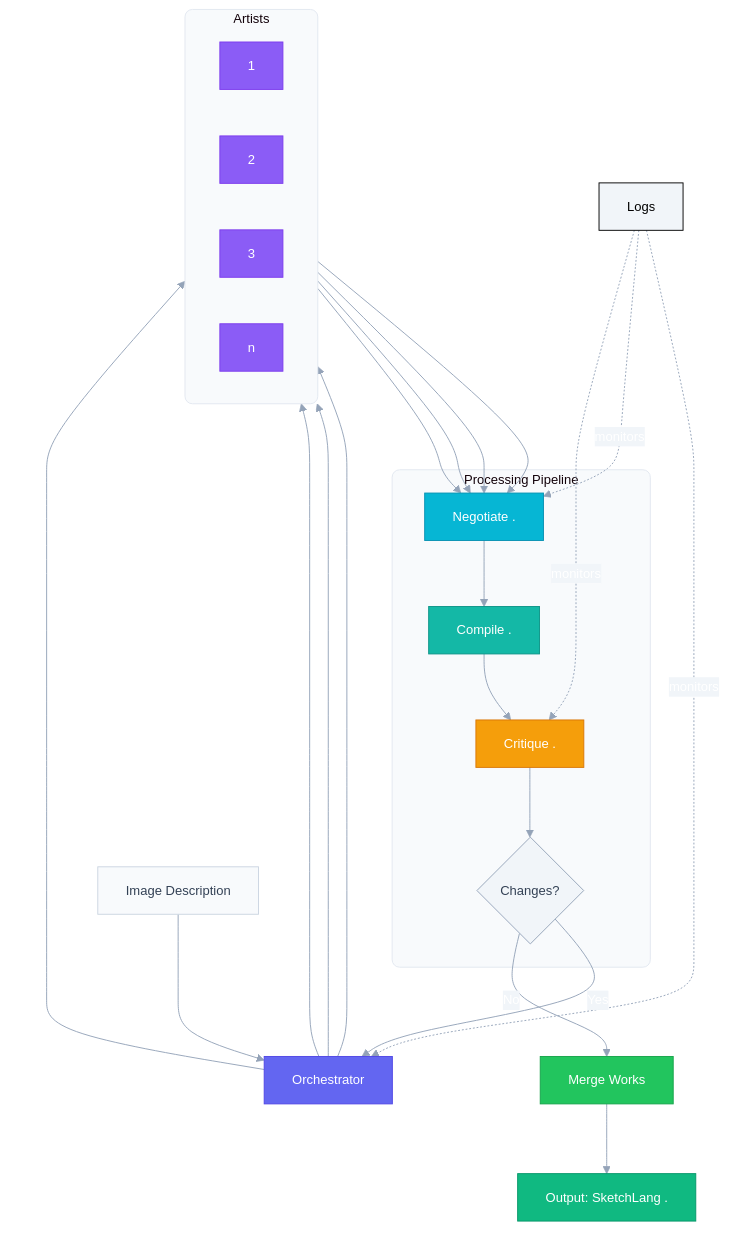
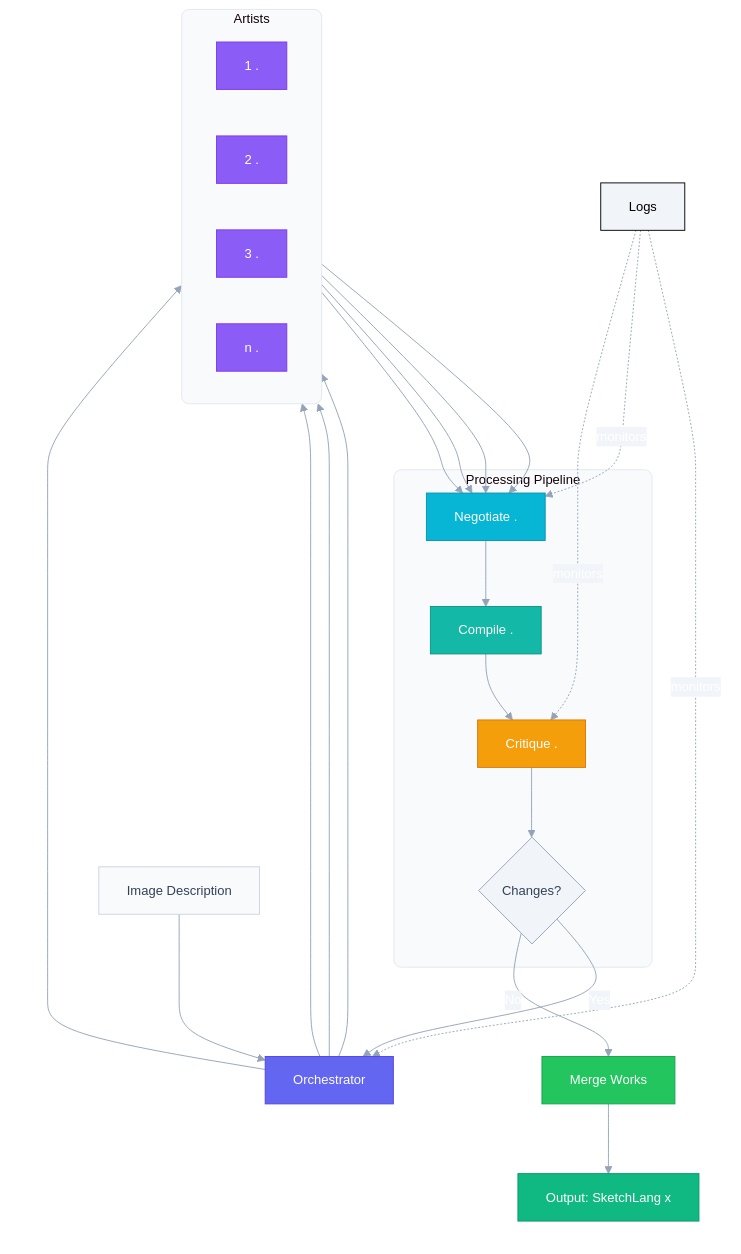
One commit to TheMaslowsDilemma/sketchthis-studio changed the diagram in README.md. Above: the diagram before and after it, drawn with Mermaid.

Commit message:
fix font color

````diff
--- a/README.md
+++ b/README.md
@@ -20,82 +20,82 @@
 ```mermaid
 %%{init: {
   'theme': 'base',
   'themeVariables': {
     'fontSize': '14px',
     'fontFamily': 'Inter, sans-serif',
     'primaryColor': '#6366f1',
     'primaryTextColor': '#ffffff',
     'primaryBorderColor': '#4f46e5',
     'secondaryColor': '#f1f5f9',
     'secondaryTextColor': '#334155',
     'tertiaryColor': '#ecfdf5',
     'lineColor': '#94a3b8',
     'textColor': '#334155'
   }
 }}%%
 
 flowchart TB
     subgraph input [" "]
         A[Image Description]
     end
 
     subgraph orchestration [" "]
         B[Orchestrator]
     end
 
     subgraph artists ["Artists"]
         direction LR
-        C1[1]
-        C2[2]
-        C3[3]
-        Cn[n]
+        C1["1  ."]
+        C2["2  ."]
+        C3["3  ."]
+        Cn["n  ."]
     end
 
     subgraph processing [Processing Pipeline]
         D[Negotiate   .]
         E[Compile     .]
         F[Critique    .]
         G{Changes?}
     end
 
     subgraph output [" "]
         H["Merge Works      "]
-        I["Output: SketchLang          ."]
+        I["Output: SketchLang          x"]
     end
 
     J["Logs    "]
 
     A --> B
     B --> C1 & C2 & C3 & Cn
     C1 & C2 & C3 & Cn --> D
     D --> E
     E --> F
     F --> G
     G -->|Yes| B
     G -->|No| H
     H --> I
 
     J -.->|monitors| B
     J -.->|monitors| D
     J -.->|monitors| F
 
     style A fill:#f8fafc,stroke:#cbd5e1,color:#334155
     style B fill:#6366f1,stroke:#4f46e5,color:#ffffff
     style C1 fill:#8b5cf6,stroke:#7c3aed,color:#ffffff
     style C2 fill:#8b5cf6,stroke:#7c3aed,color:#ffffff
     style C3 fill:#8b5cf6,stroke:#7c3aed,color:#ffffff
     style Cn fill:#8b5cf6,stroke:#7c3aed,color:#ffffff
     style D fill:#06b6d4,stroke:#0891b2,color:#ffffff
     style E fill:#14b8a6,stroke:#0d9488,color:#ffffff
     style F fill:#f59e0b,stroke:#d97706,color:#ffffff
     style G fill:#f1f5f9,stroke:#94a3b8,color:#334155
     style H fill:#22c55e,stroke:#16a34a,color:#ffffff
     style I fill:#10b981,stroke:#059669,color:#ffffff
     style J fill:#f1f5f9,stroke:#000000,color:#000000
 
     style input fill:transparent,stroke:transparent
     style orchestration fill:transparent,stroke:transparent
     style artists fill:#f8fafc,stroke:#e2e8f0,stroke-width:1px,rx:8
     style processing fill:#f8fafc,stroke:#e2e8f0,stroke-width:1px,rx:8
     style output fill:transparent,stroke:transparent
 ```
````
